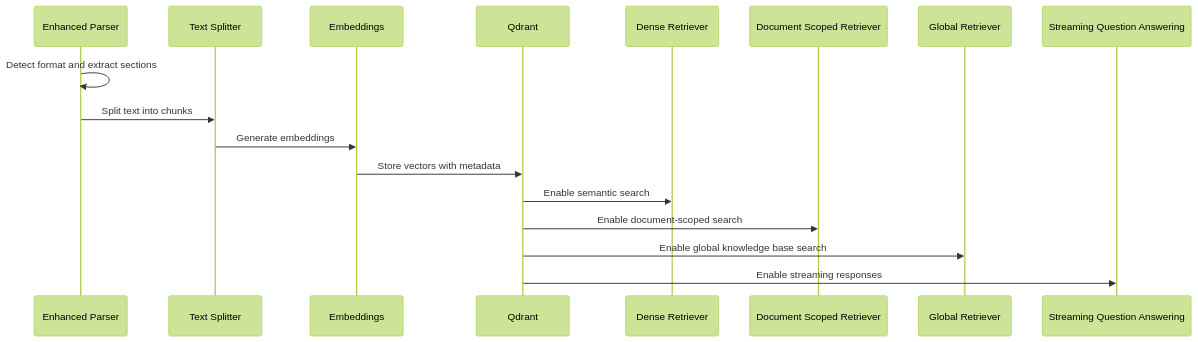
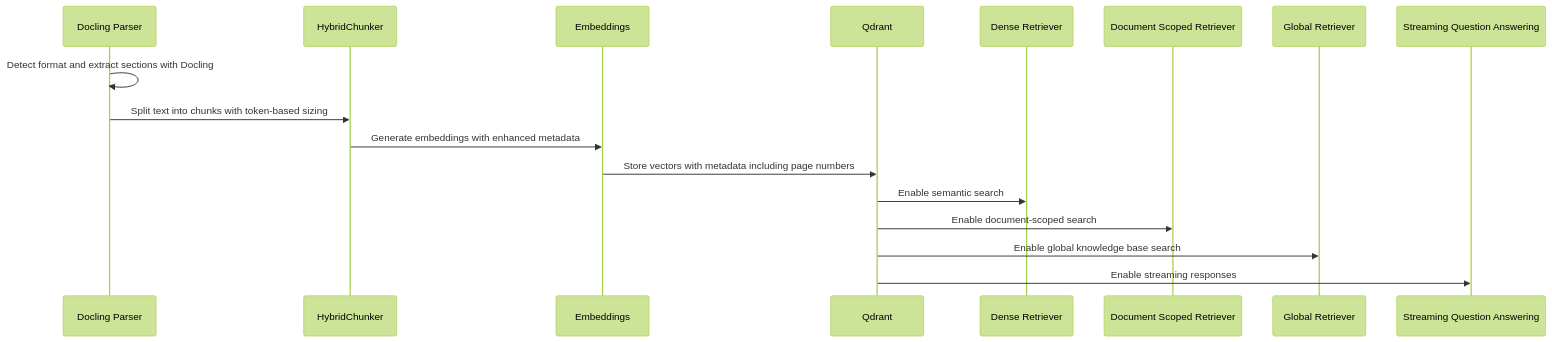
Diagram 16 of 25 in .qoder/repowiki/en/content/Document Management System.md (ognelis/cafetera_hr_bot), drawn with Mermaid (forest theme) before and after one commit. The commit also changed other lines of this file and 5 other files, not shown here.

````diff
--- a/.qoder/repowiki/en/content/Document Management System.md
+++ b/.qoder/repowiki/en/content/Document Management System.md
@@ -1770,19 +1804,19 @@
 ```mermaid
 sequenceDiagram
-participant Parser as Enhanced Parser
-participant Splitter as Text Splitter
+participant Parser as Docling Parser
+participant HybridChunker as HybridChunker
 participant Embedder as Embeddings
 participant VectorDB as Qdrant
 participant DenseRetriever as Dense Retriever
 participant DocScopedRetriever as Document Scoped Retriever
 participant GlobalRetriever as Global Retriever
 participant StreamingQA as Streaming Question Answering
-Parser->>Parser : Detect format and extract sections
-Parser->>Splitter : Split text into chunks
-Splitter->>Embedder : Generate embeddings
-Embedder->>VectorDB : Store vectors with metadata
+Parser->>Parser : Detect format and extract sections with Docling
+Parser->>HybridChunker : Split text into chunks with token-based sizing
+HybridChunker->>Embedder : Generate embeddings with enhanced metadata
+Embedder->>VectorDB : Store vectors with metadata including page numbers
 VectorDB->>DenseRetriever : Enable semantic search
 VectorDB->>DocScopedRetriever : Enable document-scoped search
 VectorDB->>GlobalRetriever : Enable global knowledge base search
 VectorDB->>StreamingQA : Enable streaming responses
 ```
````
